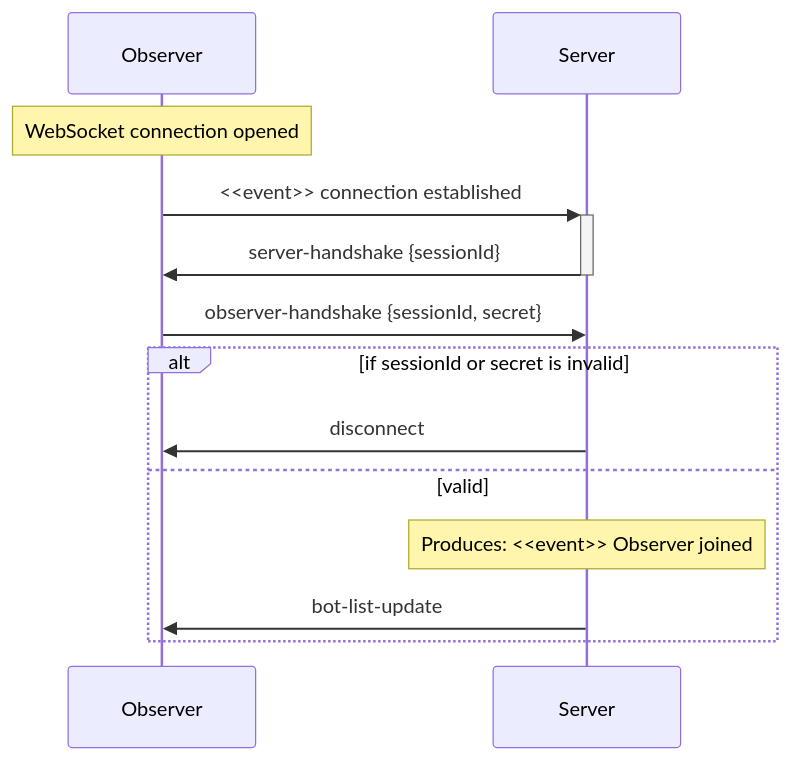
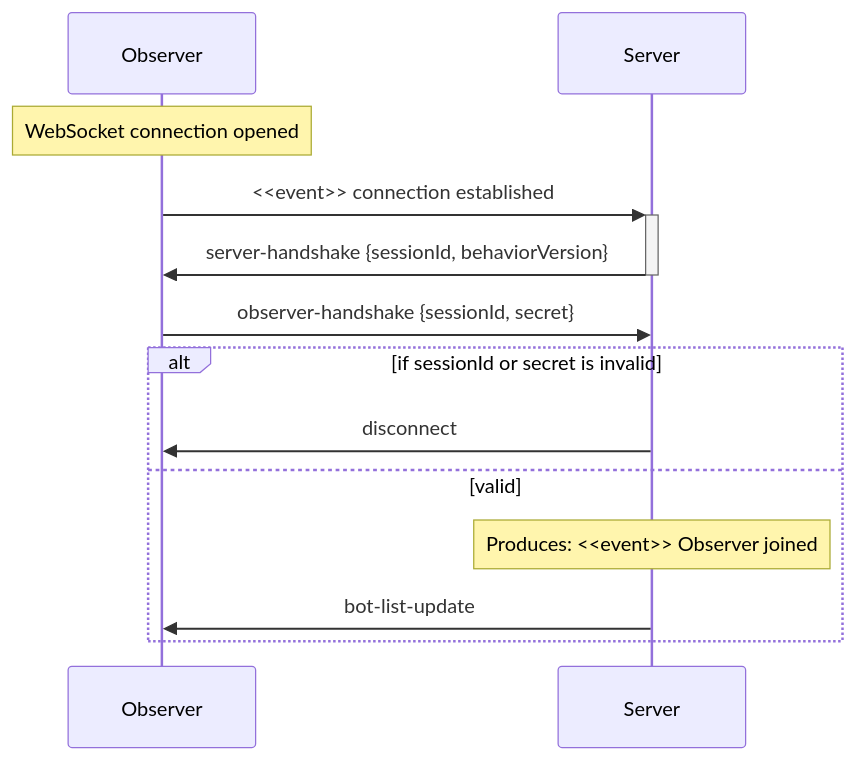
The ninth of 10 diagrams in docs/architecture/models/flows/bot-connection.md (robocode-dev/tank-royale), drawn with Mermaid before and after one commit. The commit also changed other lines of this file and 3 other files, not shown here.

````diff
--- a/docs/architecture/models/flows/bot-connection.md
+++ b/docs/architecture/models/flows/bot-connection.md
@@ -384,17 +386,17 @@
 ```mermaid
 sequenceDiagram
     participant Observer
     participant Server
 
     Note over Observer: WebSocket connection opened
     Observer->>+Server: <<event>> connection established
-    Server->>-Observer: server-handshake {sessionId}
+    Server->>-Observer: server-handshake {sessionId, behaviorVersion}
     Observer->>Server: observer-handshake {sessionId, secret}
 
     alt if sessionId or secret is invalid
         Server->>Observer: disconnect
     else valid
         Note over Server: Produces: <<event>> Observer joined
         Server->>Observer: bot-list-update
     end
 ```
````
